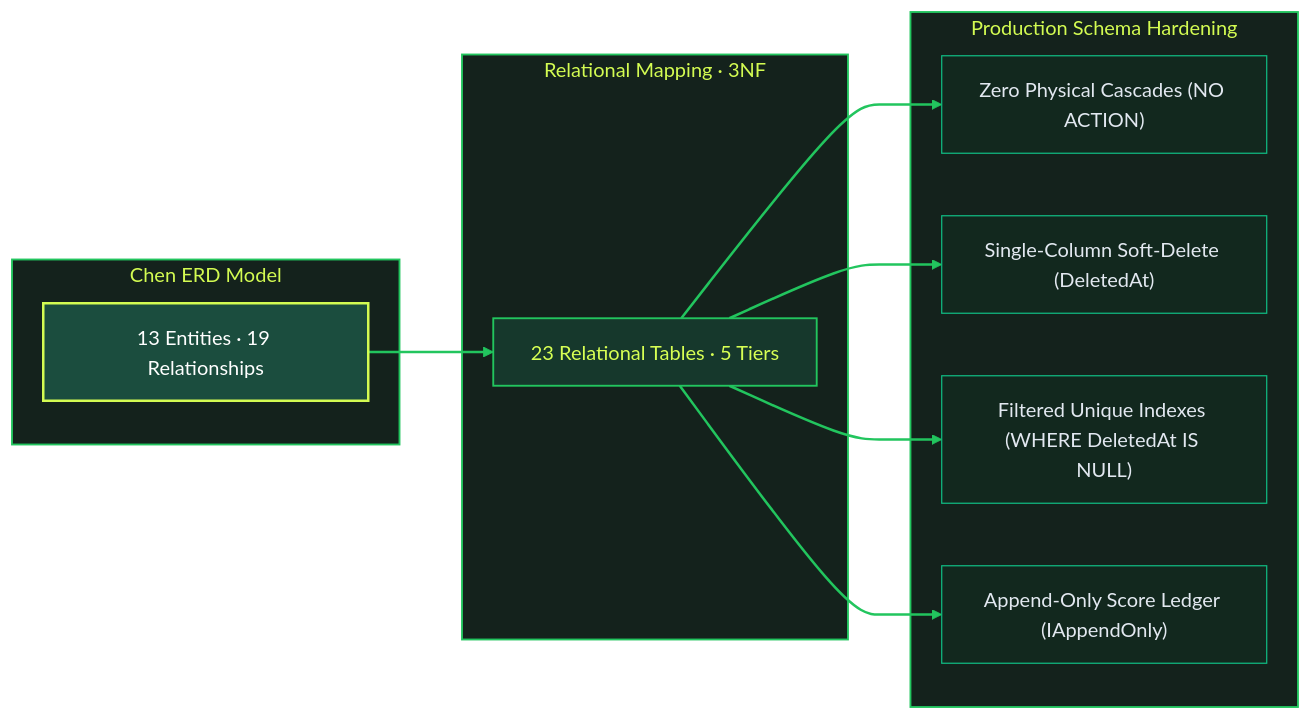
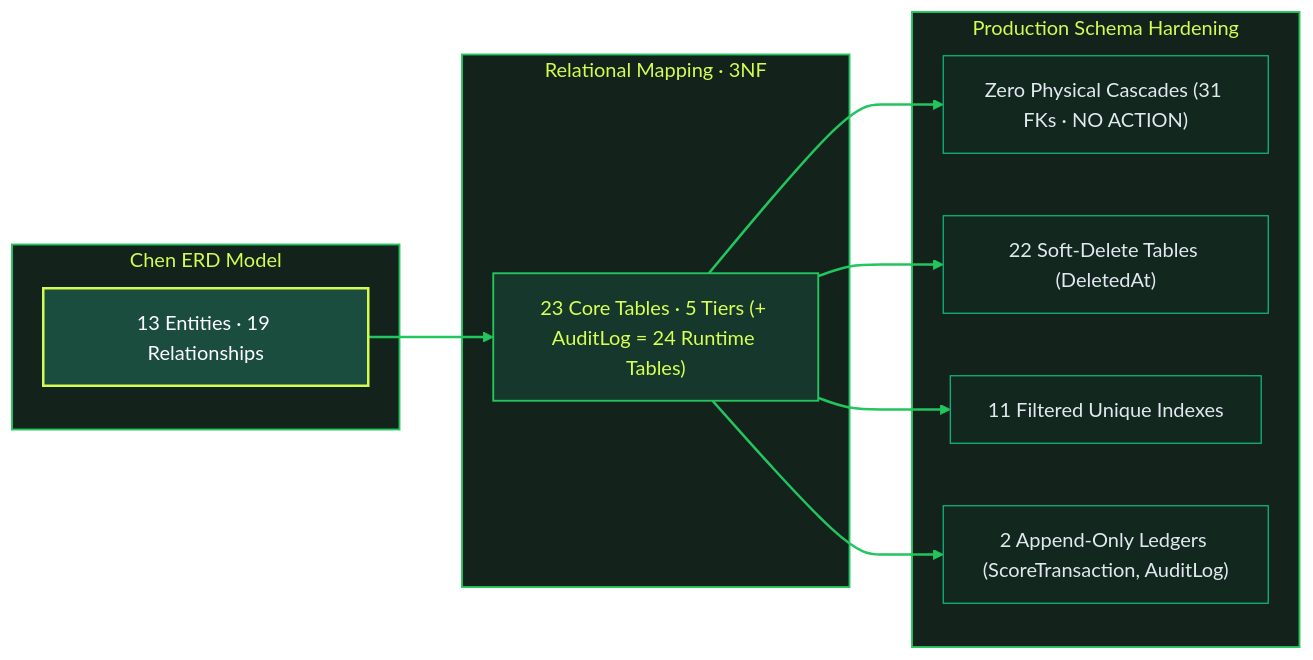
One commit to AhmedTyson/TeamUp changed the diagram in README.md. Above: the diagram before and after it, drawn with Mermaid. The commit also changed other lines of this file and 34 other files, not shown here.

Commit message:
docs: refine README, wiki, ERD/mapping specs, API guides, and add LICENSE

````diff
--- a/README.md
+++ b/README.md
@@ -214,31 +230,31 @@
 ```mermaid
 flowchart LR
     classDef greenCluster fill:#14221c,stroke:#22c55e,stroke-width:1.5px,color:#d3fb52;
     classDef greenPrimary fill:#1b4d3e,stroke:#d3fb52,stroke-width:2px,color:#ffffff;
     classDef greenAccent fill:#16382c,stroke:#22c55e,stroke-width:1.5px,color:#d7ff54;
     classDef greenLeaf fill:#12281e,stroke:#10b981,stroke-width:1px,color:#e2e8f0;
 
     subgraph Conceptual["Chen ERD Model"]
         ERD["13 Entities · 19 Relationships"]:::greenPrimary
     end
 
     subgraph Relational["Relational Mapping · 3NF"]
-        MAP["23 Relational Tables · 5 Tiers"]:::greenAccent
+        MAP["23 Core Tables · 5 Tiers (+ AuditLog = 24 Runtime Tables)"]:::greenAccent
     end
 
     subgraph Hardening["Production Schema Hardening"]
-        D1["Zero Physical Cascades (NO ACTION)"]:::greenLeaf
-        D4["Single-Column Soft-Delete (DeletedAt)"]:::greenLeaf
-        D5["Filtered Unique Indexes (WHERE DeletedAt IS NULL)"]:::greenLeaf
-        D10["Append-Only Score Ledger (IAppendOnly)"]:::greenLeaf
+        D1["Zero Physical Cascades (31 FKs · NO ACTION)"]:::greenLeaf
+        D4["22 Soft-Delete Tables (DeletedAt)"]:::greenLeaf
+        D5["11 Filtered Unique Indexes"]:::greenLeaf
+        D10["2 Append-Only Ledgers (ScoreTransaction, AuditLog)"]:::greenLeaf
     end
 
     ERD --> MAP
     MAP --> D1
     MAP --> D4
     MAP --> D5
     MAP --> D10
 
     class Conceptual,Relational,Hardening greenCluster;
     linkStyle default stroke:#22c55e,stroke-width:2px;
 ```
````
